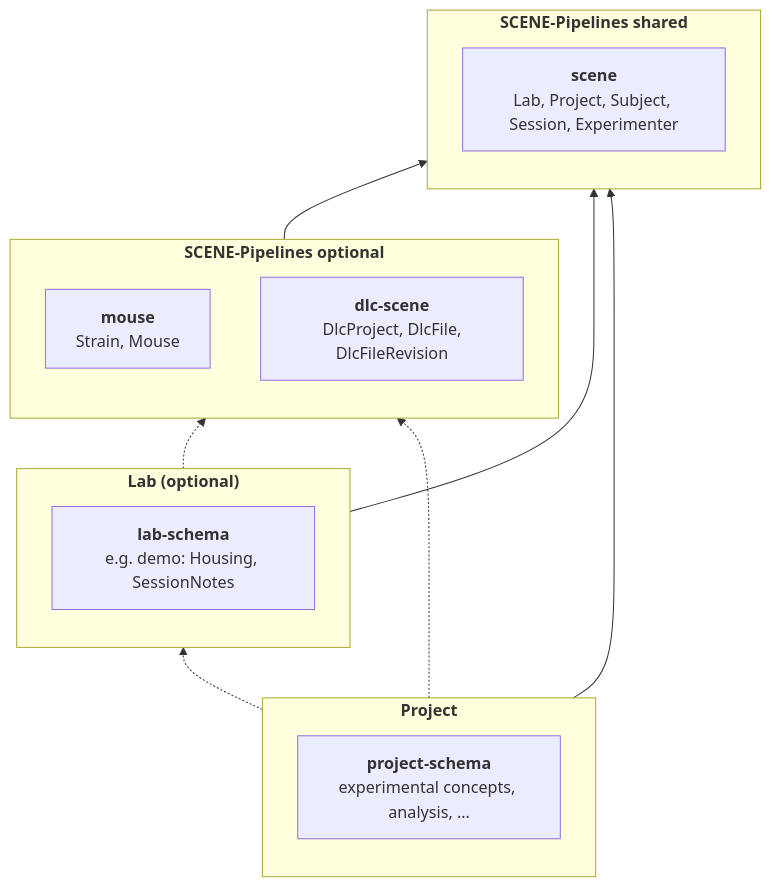
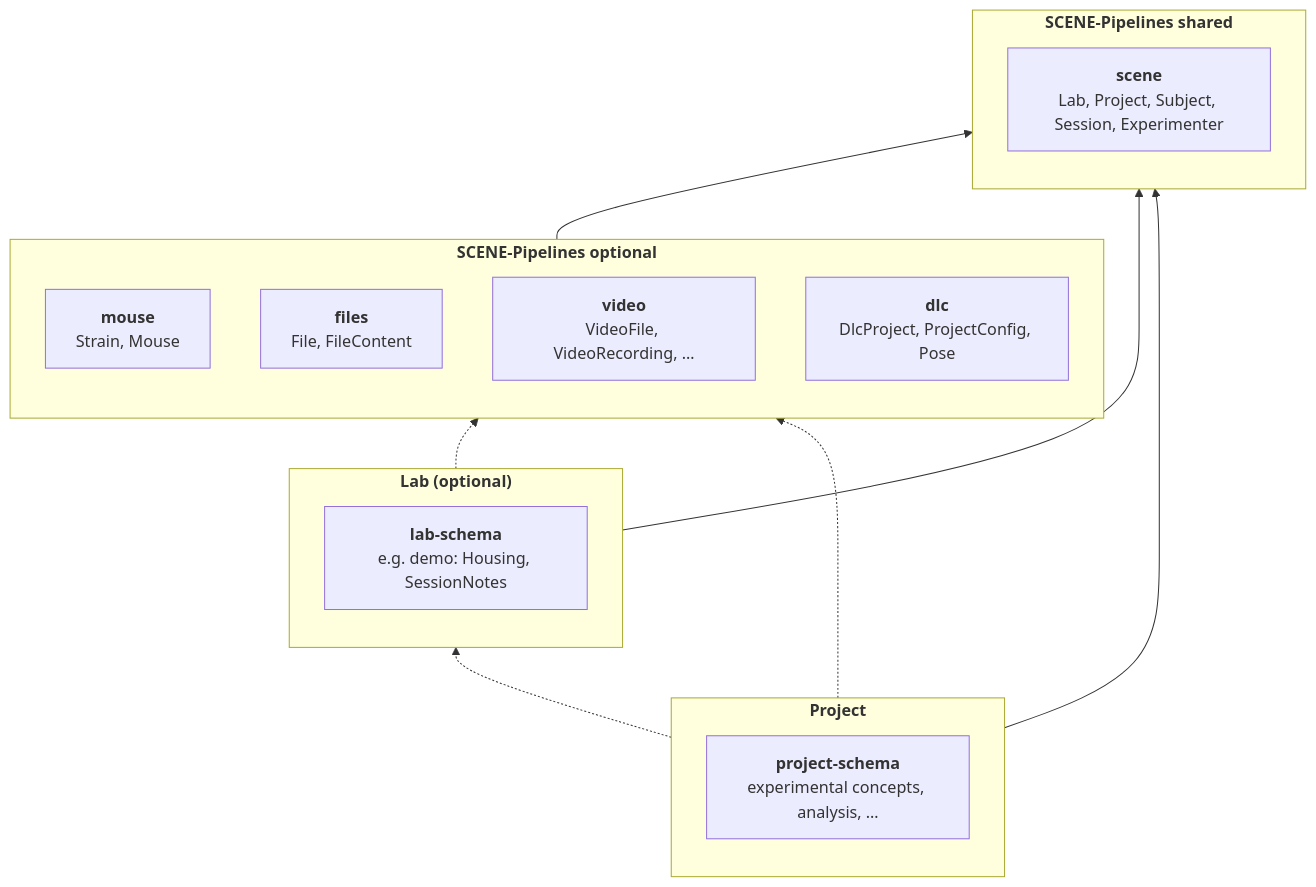
One commit to SCENE-Collaboration/SCENE-pipelines changed the diagram in docs/introduction.md. Above: the diagram before and after it, drawn with Mermaid. The commit also changed other lines of this file and 8 other files, not shown here.

Commit message:
Docs: show table definitions and source, add guide for video and dlc schemas

````diff
--- a/docs/introduction.md
+++ b/docs/introduction.md
@@ -18,23 +18,25 @@
 ```mermaid
 flowchart BT
 
     subgraph lab["<b>Lab (optional)</b>"]
       labschema["<b>lab-schema</b><br/>e.g. demo: Housing, SessionNotes"]
     end
     subgraph project["<b>Project</b>"]
       projectschema["<b>project-schema</b><br/>experimental concepts, analysis, …"]
     end
     subgraph core["<b>SCENE-Pipelines shared</b>"]
       scene["<b>scene</b><br/>Lab, Project, Subject, Session, Experimenter"]
     end
     subgraph shared["<b>SCENE-Pipelines optional</b>"]
       mouse["<b>mouse</b><br/>Strain, Mouse"]
-      deeplabcut["<b>dlc-scene</b><br/> DlcProject, DlcFile, DlcFileRevision"]
+      files["<b>files</b><br/>File, FileContent"]
+      video["<b>video</b><br/>VideoFile, VideoRecording, …"]
+      deeplabcut["<b>dlc</b><br/>DlcProject, ProjectConfig, Pose"]
     end
     shared --> core
     lab -.-> shared
     lab --> core
     project -.-> lab
     project -.-> shared
     project --> core
 ```
````
